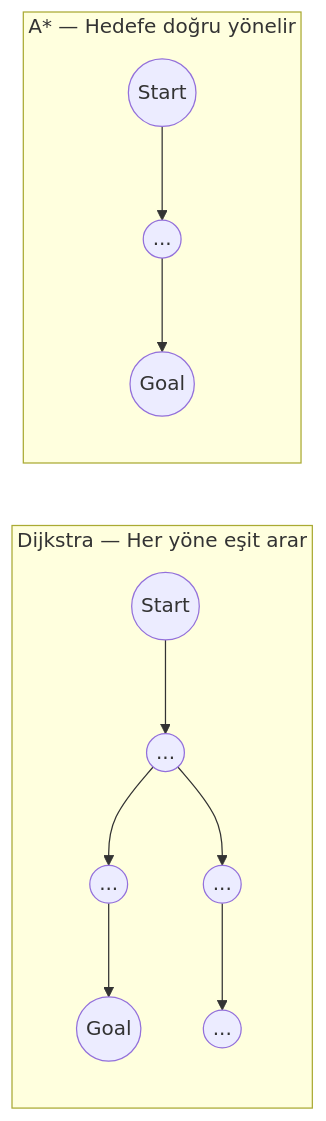
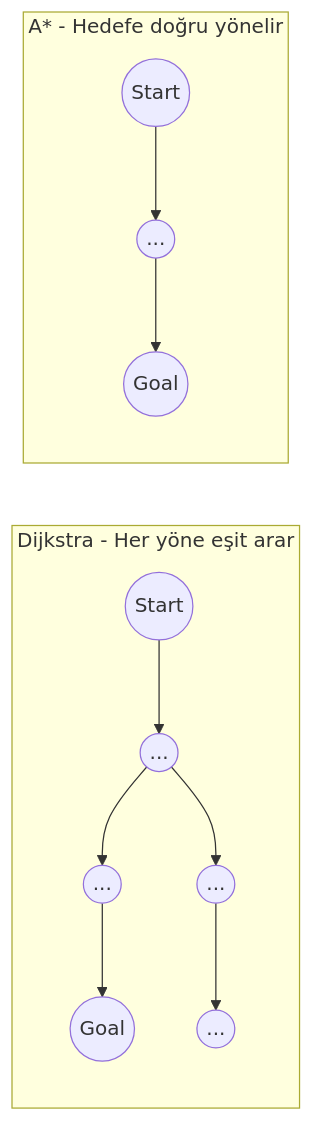
The fourth of 5 diagrams in docs/md/devops/algorithms.md (serkanMzlm/MechatronicsNotebook), drawn with Mermaid before and after one commit. The commit also changed other lines of this file and 121 other files, not shown here.

````diff
--- a/docs/md/devops/algorithms.md
+++ b/docs/md/devops/algorithms.md
@@ -170,14 +170,14 @@
 ```mermaid
 graph LR
-    subgraph DIJKSTRA["Dijkstra — Her yöne eşit arar"]
+    subgraph DIJKSTRA["Dijkstra - Her yöne eşit arar"]
         D1((Start)) --> D2((...))
         D2 --> D3((...))
         D2 --> D4((...))
         D3 --> D5((Goal))
         D4 --> D6((...))
     end
-    subgraph ASTAR["A* — Hedefe doğru yönelir"]
+    subgraph ASTAR["A* - Hedefe doğru yönelir"]
         A1((Start)) --> A2((...))
         A2 --> A3((Goal))
     end
 ```
````
